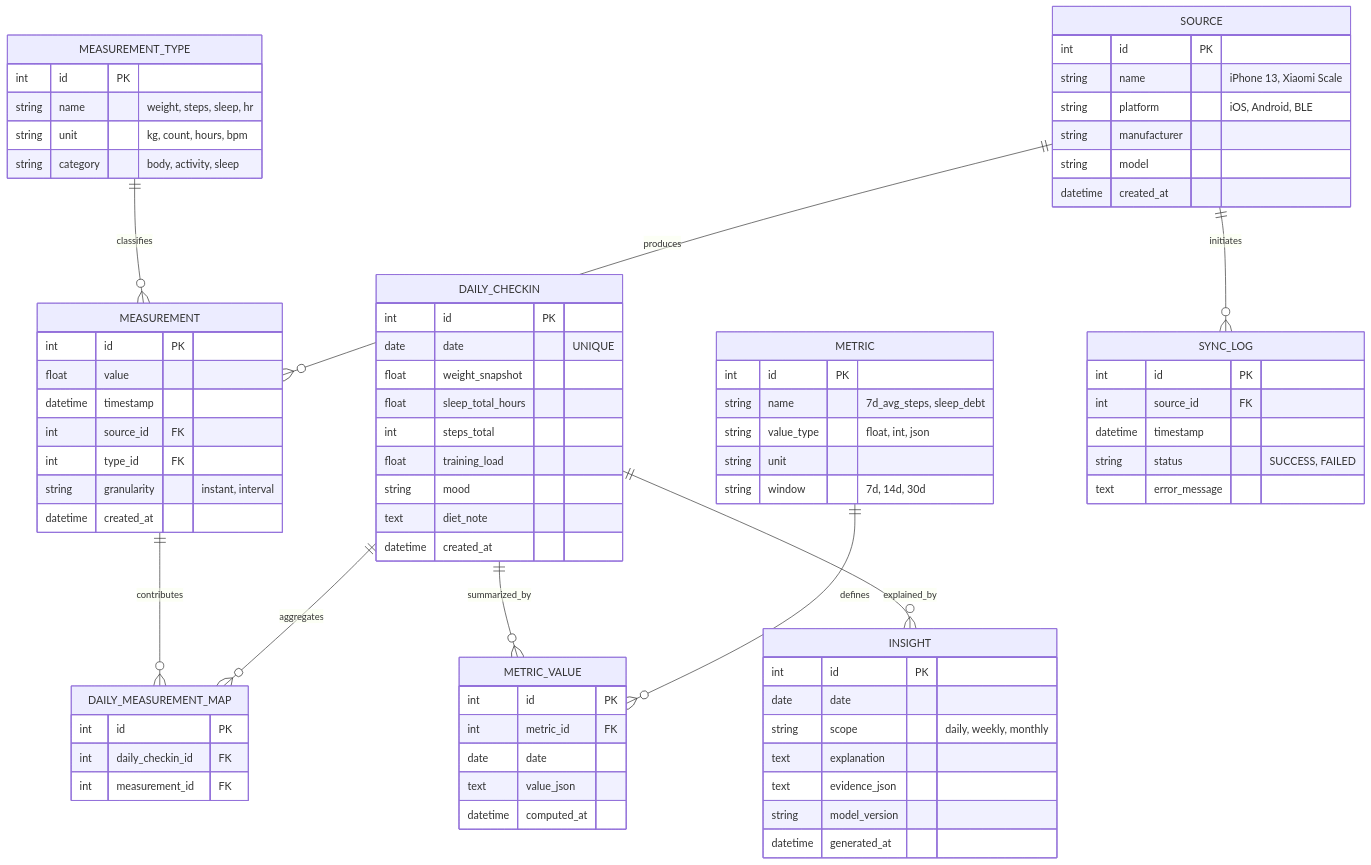
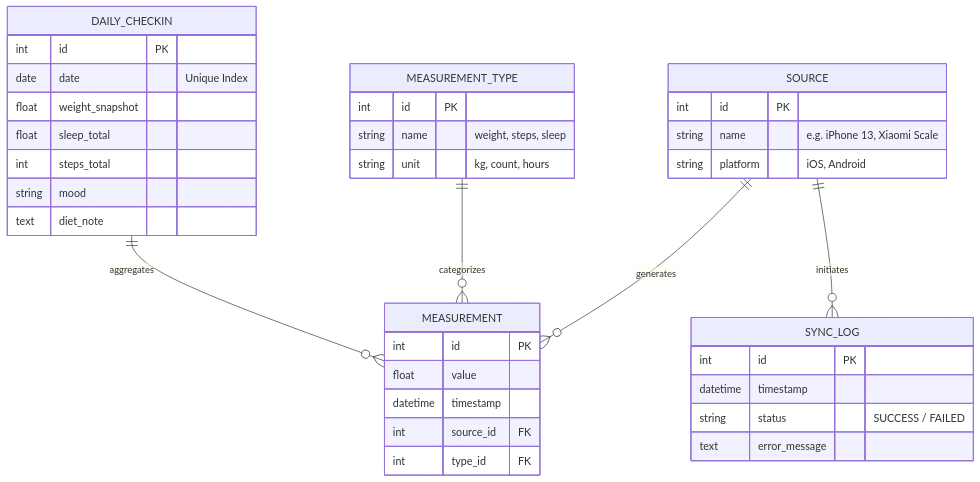
Before and after one commit to vicmon810/weight_tracker: the diagram in README.md, drawn with Mermaid. The commit also changed 14 other files, not shown here.

````diff
--- a/README.md
+++ b/README.md
@@ -87,123 +88,49 @@
 ```mermaid
 erDiagram
-
-    %% =========================
-    %% Data Sources / Devices
-    %% =========================
+    %% Source & Devices
     SOURCE {
         int id PK
-        string name "iPhone 13, Xiaomi Scale"
-        string platform "iOS, Android, BLE"
-        string manufacturer
-        string model
-        datetime created_at
+        string name "e.g. iPhone 13, Xiaomi Scale"
+        string platform "iOS, Android"
     }
 
-    %% =========================
     %% Measurement Types
-    %% =========================
     MEASUREMENT_TYPE {
         int id PK
-        string name "weight, steps, sleep, hr"
-        string unit "kg, count, hours, bpm"
-        string category "body, activity, sleep"
+        string name "weight, steps, sleep"
+        string unit "kg, count, hours"
     }
 
-    %% =========================
-    %% Raw Measurements (Atomic)
-    %% =========================
+    %% Core Data
     MEASUREMENT {
         int id PK
         float value
         datetime timestamp
         int source_id FK
         int type_id FK
-        string granularity "instant, interval"
-        datetime created_at
     }
 
-    %% =========================
-    %% Daily Aggregates (System Computed)
-    %% =========================
+    %% Daily Aggregation
     DAILY_CHECKIN {
         int id PK
-        date date "UNIQUE"
+        date date "Unique Index"
         float weight_snapshot
-        float sleep_total_hours
+        float sleep_total
         int steps_total
-        float training_load
         string mood
         text diet_note
-        datetime created_at
     }
 
-    %% =========================
-    %% Mapping: Raw → Daily
-    %% =========================
-    DAILY_MEASUREMENT_MAP {
-        int id PK
-        int daily_checkin_id FK
-        int measurement_id FK
-    }
-
-    %% =========================
-    %% Computed Metrics (Evidence)
-    %% =========================
-    METRIC {
-        int id PK
-        string name "7d_avg_steps, sleep_debt"
-        string value_type "float, int, json"
-        string unit
-        string window "7d, 14d, 30d"
-    }
-
-    METRIC_VALUE {
-        int id PK
-        int metric_id FK
-        date date
-        text value_json
-        datetime computed_at
-    }
-
-    %% =========================
-    %% LLM Insight Outputs
-    %% =========================
-    INSIGHT {
-        int id PK
-        date date
-        string scope "daily, weekly, monthly"
-        text explanation
-        text evidence_json
-        string model_version
-        datetime generated_at
-    }
-
-    %% =========================
-    %% Sync & Audit
-    %% =========================
+    %% Sync Logs
     SYNC_LOG {
         int id PK
-        int source_id FK
         datetime timestamp
-        string status "SUCCESS, FAILED"
+        string status "SUCCESS / FAILED"
         text error_message
     }
 
-    %% =========================
-    %% Relationships
-    %% =========================
-    SOURCE ||--o{ MEASUREMENT : produces
-    MEASUREMENT_TYPE ||--o{ MEASUREMENT : classifies
-
+    SOURCE ||--o{ MEASUREMENT : generates
+    MEASUREMENT_TYPE ||--o{ MEASUREMENT : categorizes
     SOURCE ||--o{ SYNC_LOG : initiates
-
-    DAILY_CHECKIN ||--o{ DAILY_MEASUREMENT_MAP : aggregates
-    MEASUREMENT ||--o{ DAILY_MEASUREMENT_MAP : contributes
-
-    METRIC ||--o{ METRIC_VALUE : defines
-    DAILY_CHECKIN ||--o{ METRIC_VALUE : summarized_by
-
-    DAILY_CHECKIN ||--o{ INSIGHT : explained_by
-
-
-```
+    DAILY_CHECKIN ||--o{ MEASUREMENT : aggregates
+   ```
````
